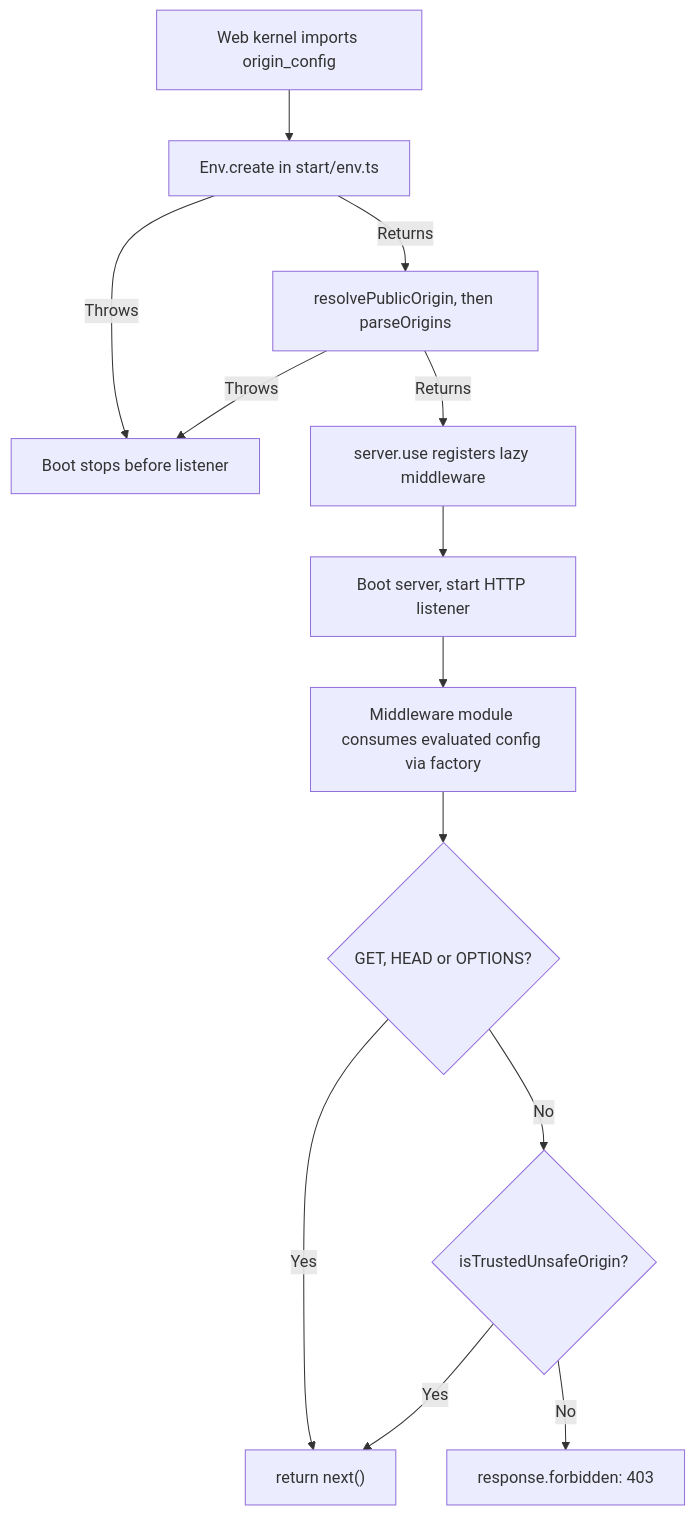
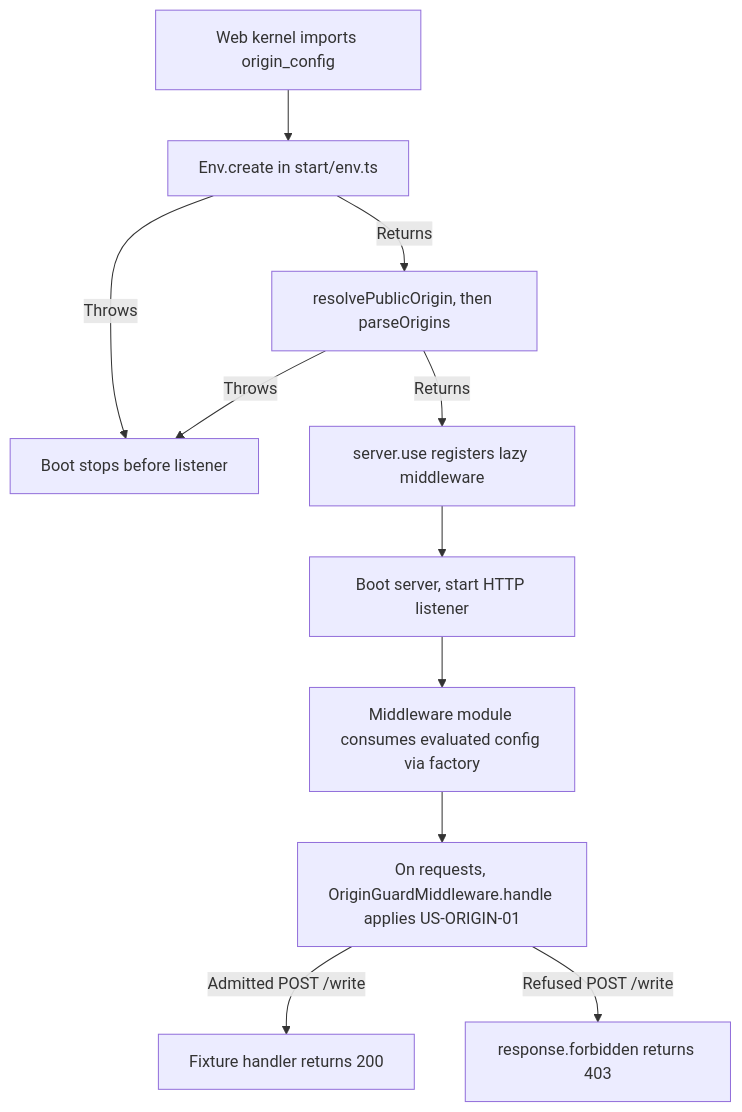
One commit to Kevinjohn/oss-adonisjs-origin-guard changed the second of 2 diagrams in user-stories/US-ORIGIN-05-install-and-start.md. Above: the diagram before and after it, drawn with Mermaid. The commit also changed other lines of this file and 3 other files, not shown here.

````diff
--- a/user-stories/US-ORIGIN-05-install-and-start.md
+++ b/user-stories/US-ORIGIN-05-install-and-start.md
@@ -39,15 +39,13 @@
 ```mermaid
 flowchart TD
     A["Web kernel imports origin_config"] --> V["Env.create in start/env.ts"]
     V -->|Throws| C["Boot stops before listener"]
     V -->|Returns| B["resolvePublicOrigin, then parseOrigins"]
     B -->|Throws| C
     B -->|Returns| D["server.use registers lazy middleware"]
     D --> L["Boot server, start HTTP listener"]
     L --> E["Middleware module consumes evaluated config via factory"]
-    E --> M{"GET, HEAD or OPTIONS?"}
-    M -->|Yes| G["return next()"]
-    M -->|No| F{"isTrustedUnsafeOrigin?"}
-    F -->|Yes| G
-    F -->|No| H["response.forbidden: 403"]
+    E --> M["On requests, OriginGuardMiddleware.handle applies US-ORIGIN-01"]
+    M -->|Admitted POST /write| G["Fixture handler returns 200"]
+    M -->|Refused POST /write| H["response.forbidden returns 403"]
 ```
````
